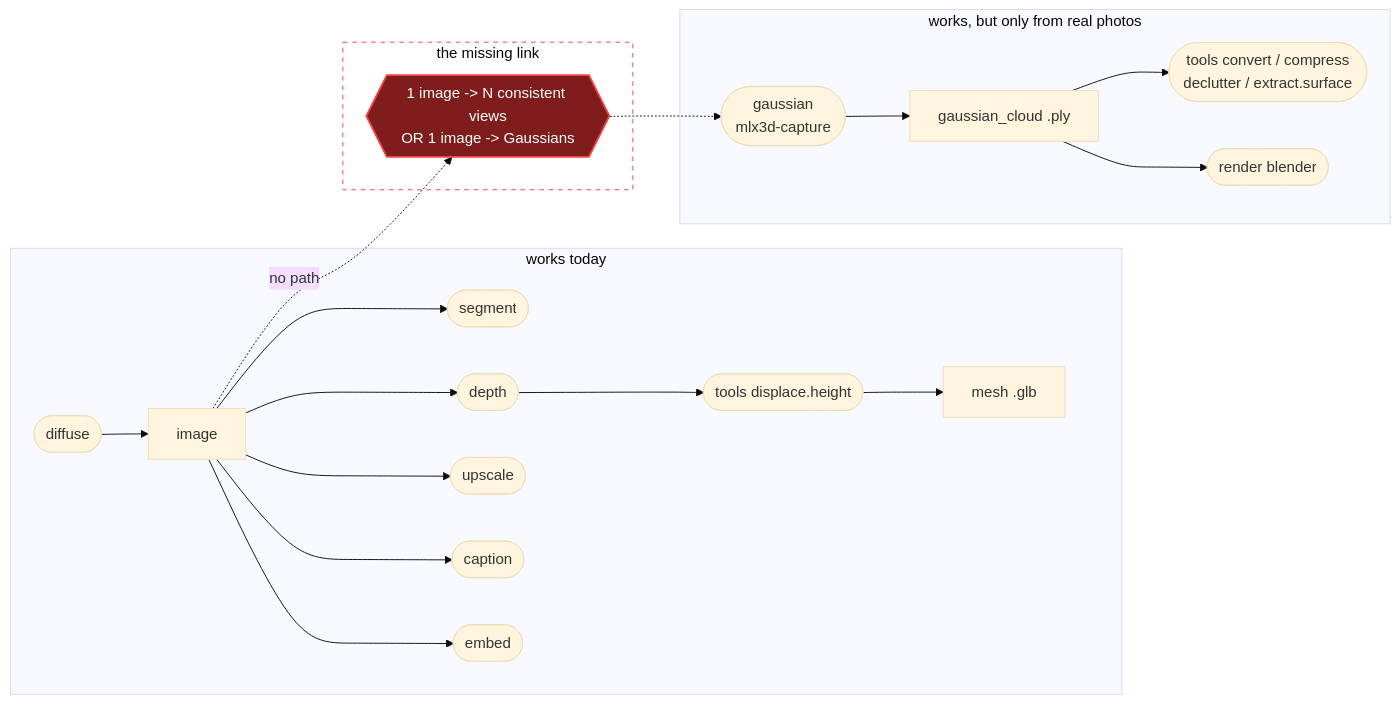
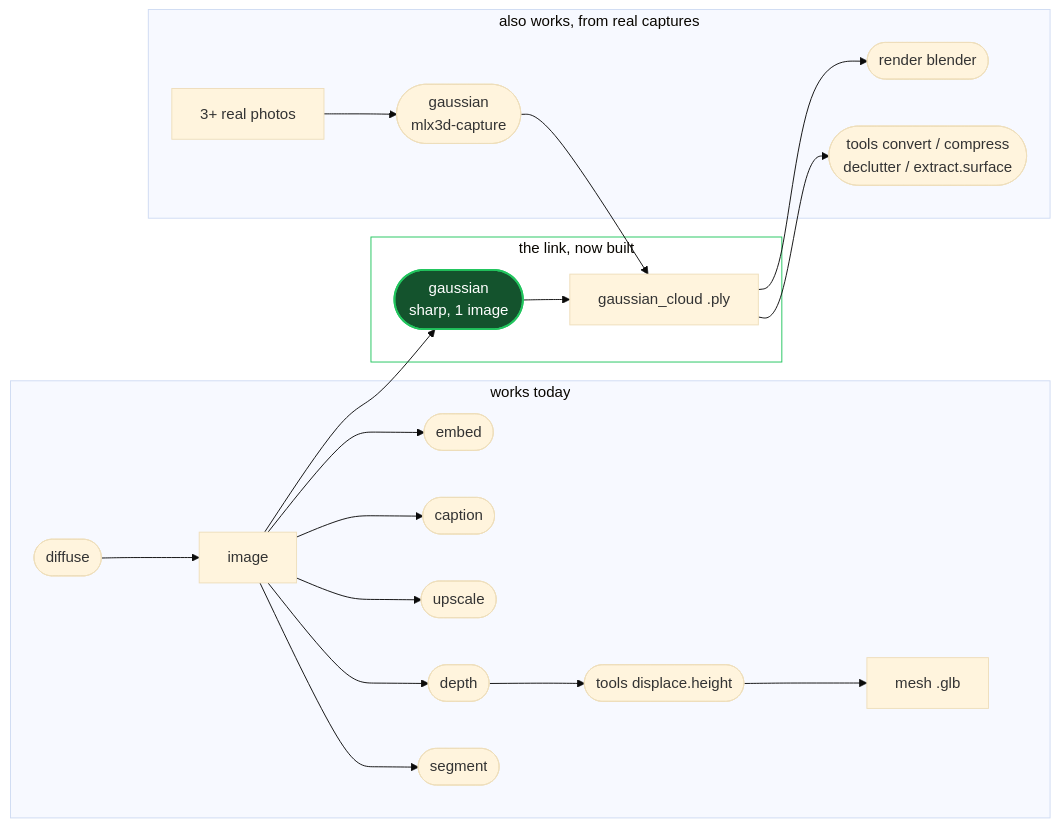
One commit to daanrongen/splat changed the diagram in docs/README.md. Above: the diagram before and after it, drawn with Mermaid (base theme). The commit also changed other lines of this file and 64 other files, not shown here.

First line of the commit message:
feat(gaussian): add apple/Sharp single-image feed-forward backend

````diff
--- a/docs/README.md
+++ b/docs/README.md
@@ -18,23 +20,23 @@
 ```mermaid
 flowchart LR
     subgraph works["works today"]
         D([diffuse]) --> I[image]
         I --> S([segment])
         I --> DE([depth])
         I --> U([upscale])
         I --> C([caption])
         I --> E([embed])
         DE --> DH([tools displace.height]) --> M[mesh .glb]
     end
-    subgraph broken["the missing link"]
-        I -.->|"no path"| GAP{{"1 image -> N consistent views<br/>OR 1 image -> Gaussians"}}
+    subgraph bridged["the link, now built"]
+        I --> SH([gaussian<br/>sharp, 1 image]) --> GC[gaussian_cloud .ply]
     end
-    subgraph partial["works, but only from real photos"]
-        GAP -.-> G([gaussian<br/>mlx3d-capture]) --> GC[gaussian_cloud .ply]
+    subgraph photos["also works, from real captures"]
+        P[3+ real photos] --> G([gaussian<br/>mlx3d-capture]) --> GC
         GC --> T([tools convert / compress<br/>declutter / extract.surface])
         GC --> R([render blender])
     end
 
-    style GAP fill:#7f1d1d,stroke:#ef4444,stroke-width:2px,color:#fff
-    style broken fill:none,stroke:#ef4444,stroke-dasharray: 5 5
+    style SH fill:#14532d,stroke:#22c55e,stroke-width:2px,color:#fff
+    style bridged fill:none,stroke:#22c55e
 ```
````
